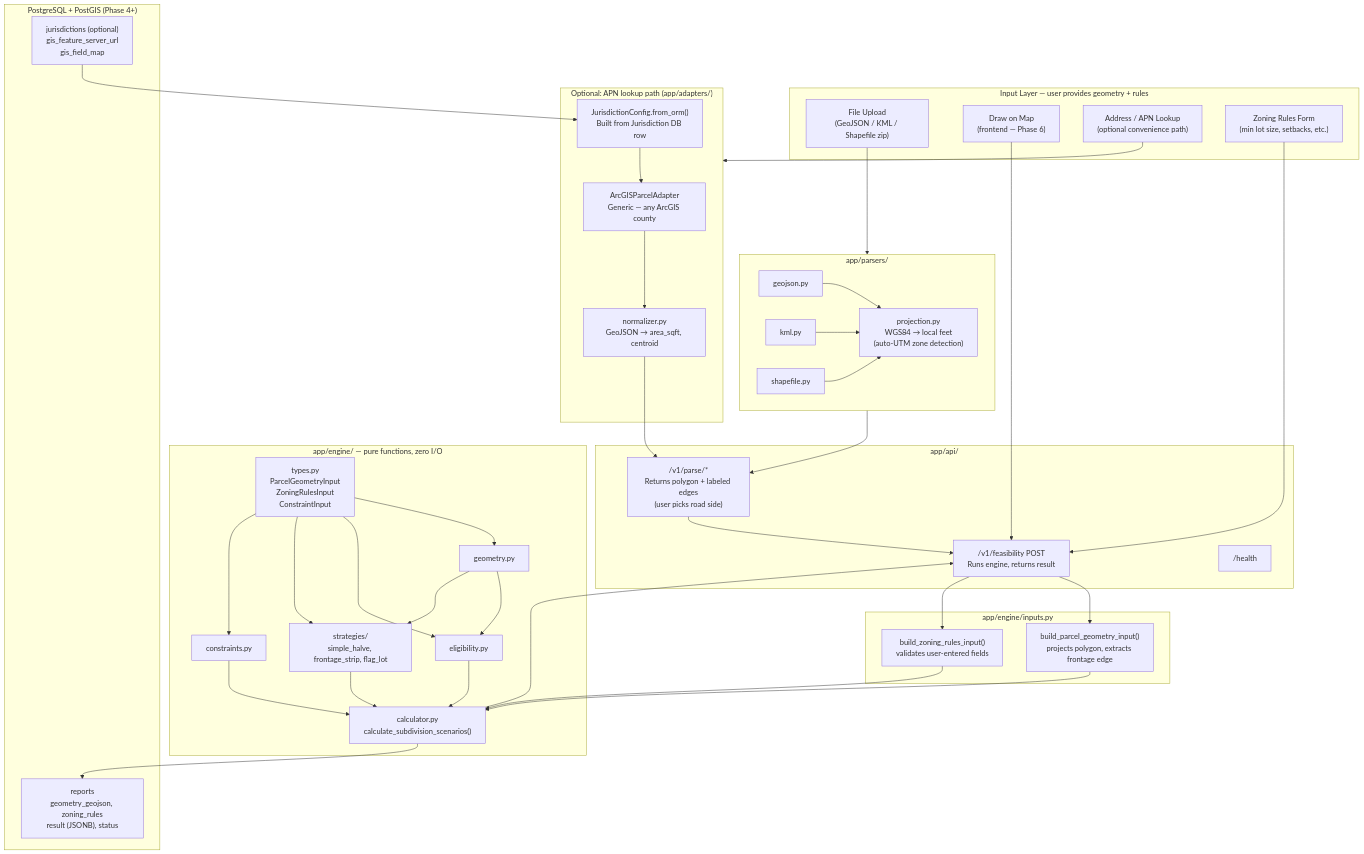
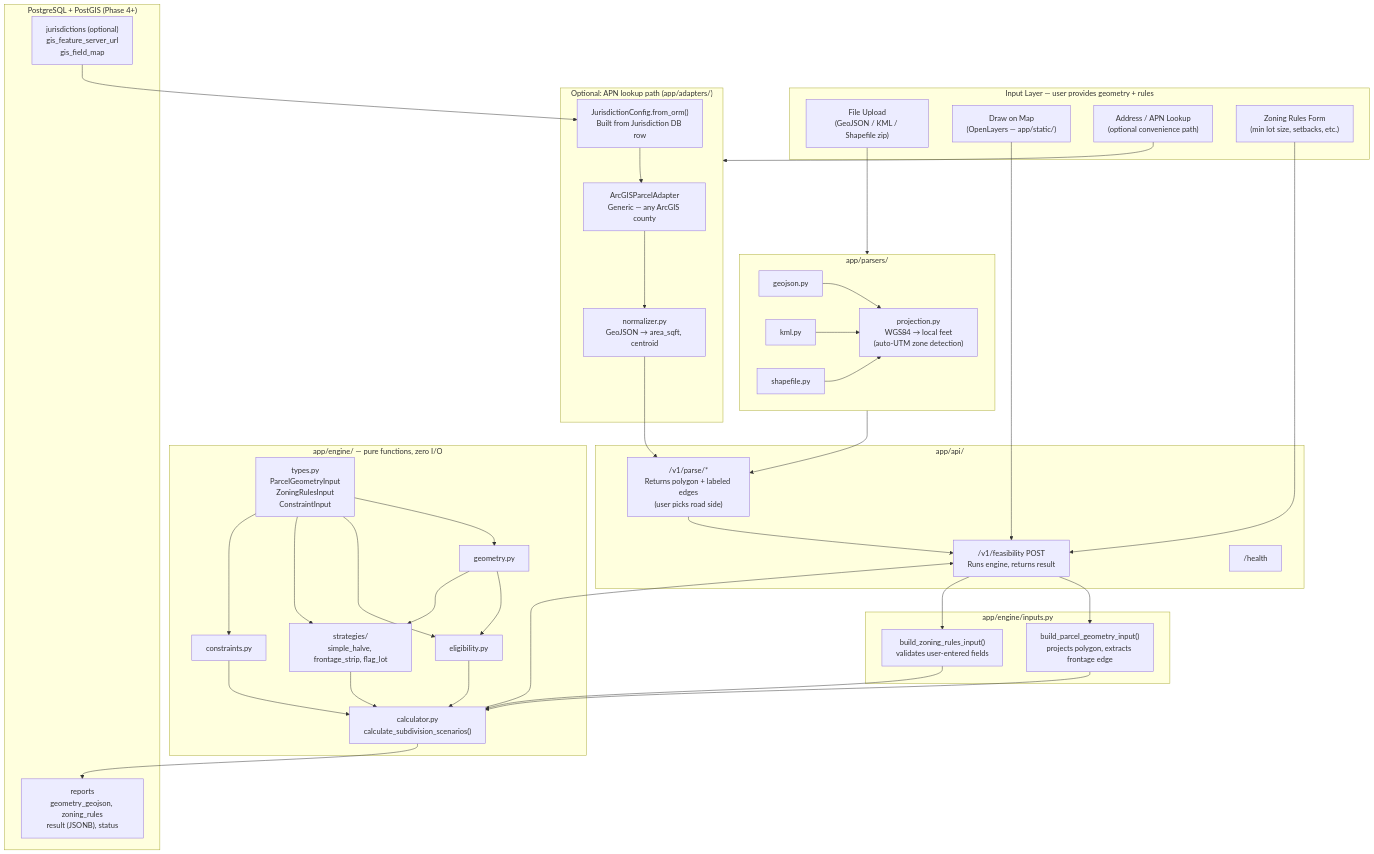
The first of 6 diagrams in docs/architecture.md (hartc17/lot-split-feasibility), drawn with Mermaid before and after one commit. The commit also changed 9 other files, not shown here.

First line of the commit message:
Phase 6: OpenLayers web UI + doc updates + CLAUDE.md

````diff
--- a/docs/architecture.md
+++ b/docs/architecture.md
@@ -5,81 +5,81 @@
 ```mermaid
 flowchart TB
     subgraph Input["Input Layer — user provides geometry + rules"]
         UPLOAD["File Upload\n(GeoJSON / KML / Shapefile zip)"]
-        DRAW["Draw on Map\n(frontend — Phase 6)"]
+        DRAW["Draw on Map\n(OpenLayers — app/static/)"]
         APN["Address / APN Lookup\n(optional convenience path)"]
         FORM["Zoning Rules Form\n(min lot size, setbacks, etc.)"]
     end
 
     subgraph Parsers["app/parsers/"]
         PGJ["geojson.py"]
         PKML["kml.py"]
         PSHP["shapefile.py"]
         PROJ["projection.py\nWGS84 → local feet\n(auto-UTM zone detection)"]
 
         PGJ --> PROJ
         PKML --> PROJ
         PSHP --> PROJ
     end
 
     subgraph API["app/api/"]
         PARSE["/v1/parse/*\nReturns polygon + labeled edges\n(user picks road side)"]
         FEAS["/v1/feasibility POST\nRuns engine, returns result"]
         HEALTH["/health"]
     end
 
     subgraph EngineInputs["app/engine/inputs.py"]
         BPG["build_parcel_geometry_input()\nprojects polygon, extracts frontage edge"]
         BZR["build_zoning_rules_input()\nvalidates user-entered fields"]
     end
 
     subgraph Engine["app/engine/  — pure functions, zero I/O"]
         T["types.py\nParcelGeometryInput\nZoningRulesInput\nConstraintInput"]
         G["geometry.py"]
         EL["eligibility.py"]
         STRAT["strategies/\nsimple_halve, frontage_strip, flag_lot"]
         CN["constraints.py"]
         CA["calculator.py\ncalculate_subdivision_scenarios()"]
 
         T --> G
         T --> EL
         T --> STRAT
         T --> CN
         EL --> CA
         STRAT --> CA
         CN --> CA
         G --> EL
         G --> STRAT
     end
 
     subgraph OptionalAPN["Optional: APN lookup path (app/adapters/)"]
         ARC["ArcGISParcelAdapter\nGeneric — any ArcGIS county"]
         NORM["normalizer.py\nGeoJSON → area_sqft, centroid"]
         CFG["JurisdictionConfig.from_orm()\nBuilt from Jurisdiction DB row"]
         CFG --> ARC
         ARC --> NORM
     end
 
     subgraph DB["PostgreSQL + PostGIS (Phase 4+)"]
         REPORTS["reports\ngeometry_geojson, zoning_rules\nresult (JSONB), status"]
         JURISDICTIONS["jurisdictions (optional)\ngis_feature_server_url\ngis_field_map"]
         JURISDICTIONS --> CFG
     end
 
     UPLOAD --> Parsers
     DRAW --> FEAS
     APN --> OptionalAPN
     NORM --> PARSE
 
     Parsers --> PARSE
     PARSE --> FEAS
     FORM --> FEAS
 
     FEAS --> BPG
     FEAS --> BZR
     BPG --> CA
     BZR --> CA
 
     CA --> REPORTS
     CA --> FEAS
 ```
````
